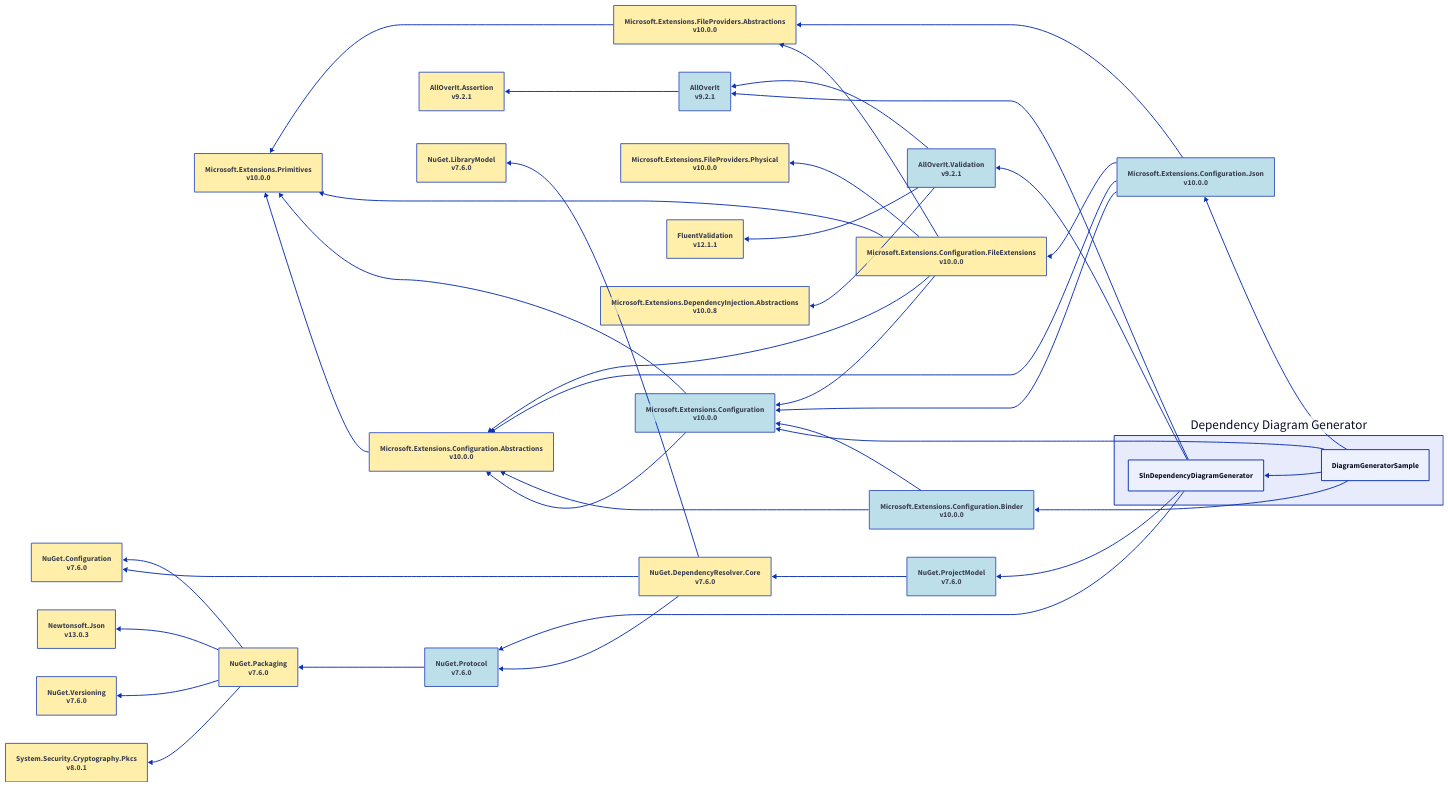
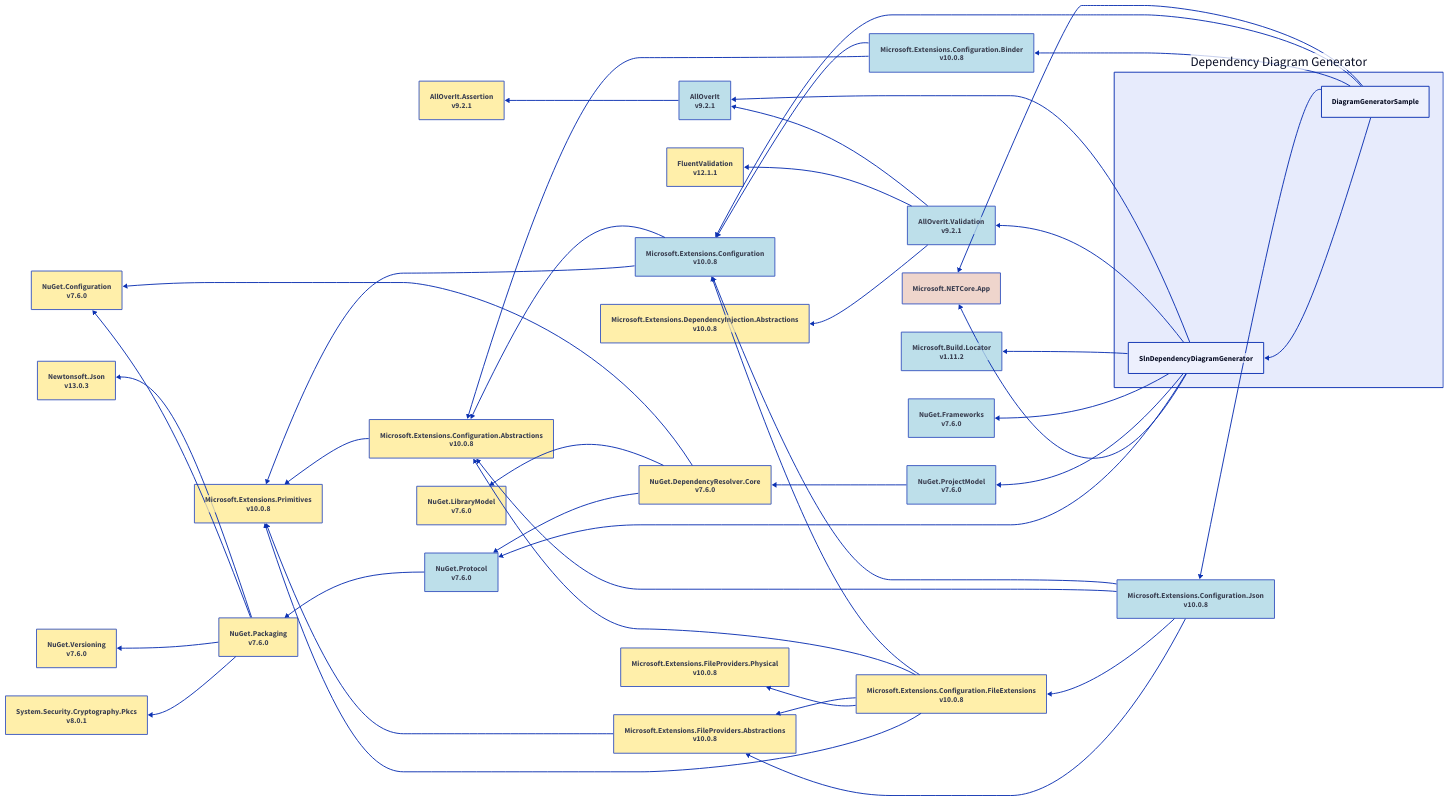
Before and after one commit to mjfreelancing/SlnDependencyDiagramGenerator: the diagram in Samples/Output/net10.0/d2/diagramgeneratorsample.d2, drawn with D2. The commit also changed other lines of this file and 101 other files, not shown here.

```diff
--- a/Samples/Output/net10.0/d2/diagramgeneratorsample.d2
+++ b/Samples/Output/net10.0/d2/diagramgeneratorsample.d2
@@ -1,109 +1,122 @@
 direction: left
 
 ddg: Dependency Diagram Generator
 ddg.diagramgeneratorsample: DiagramGeneratorSample
-microsoft-extensions-configuration_10-0-0: Microsoft.Extensions.Configuration\nv10.0.0
-microsoft-extensions-configuration-abstractions_10-0-0: Microsoft.Extensions.Configuration.Abstractions\nv10.0.0
-microsoft-extensions-primitives_10-0-0: Microsoft.Extensions.Primitives\nv10.0.0
-microsoft-extensions-configuration-binder_10-0-0: Microsoft.Extensions.Configuration.Binder\nv10.0.0
-microsoft-extensions-configuration-json_10-0-0: Microsoft.Extensions.Configuration.Json\nv10.0.0
-microsoft-extensions-configuration-fileextensions_10-0-0: Microsoft.Extensions.Configuration.FileExtensions\nv10.0.0
-microsoft-extensions-fileproviders-abstractions_10-0-0: Microsoft.Extensions.FileProviders.Abstractions\nv10.0.0
-microsoft-extensions-fileproviders-physical_10-0-0: Microsoft.Extensions.FileProviders.Physical\nv10.0.0
+microsoft-netcore-app: Microsoft.NETCore.App
+microsoft-extensions-configuration_10-0-8: Microsoft.Extensions.Configuration\nv10.0.8
+microsoft-extensions-configuration-abstractions_10-0-8: Microsoft.Extensions.Configuration.Abstractions\nv10.0.8
+microsoft-extensions-primitives_10-0-8: Microsoft.Extensions.Primitives\nv10.0.8
+microsoft-extensions-configuration-binder_10-0-8: Microsoft.Extensions.Configuration.Binder\nv10.0.8
+microsoft-extensions-configuration-json_10-0-8: Microsoft.Extensions.Configuration.Json\nv10.0.8
+microsoft-extensions-configuration-fileextensions_10-0-8: Microsoft.Extensions.Configuration.FileExtensions\nv10.0.8
+microsoft-extensions-fileproviders-abstractions_10-0-8: Microsoft.Extensions.FileProviders.Abstractions\nv10.0.8
+microsoft-extensions-fileproviders-physical_10-0-8: Microsoft.Extensions.FileProviders.Physical\nv10.0.8
 ddg.slndependencydiagramgenerator: SlnDependencyDiagramGenerator
 alloverit_9-2-1: AllOverIt\nv9.2.1
 alloverit-assertion_9-2-1: AllOverIt.Assertion\nv9.2.1
 alloverit-validation_9-2-1: AllOverIt.Validation\nv9.2.1
 fluentvalidation_12-1-1: FluentValidation\nv12.1.1
 microsoft-extensions-dependencyinjection-abstractions_10-0-8: Microsoft.Extensions.DependencyInjection.Abstractions\nv10.0.8
+microsoft-build-locator_1-11-2: Microsoft.Build.Locator\nv1.11.2
+nuget-frameworks_7-6-0: NuGet.Frameworks\nv7.6.0
 nuget-projectmodel_7-6-0: NuGet.ProjectModel\nv7.6.0
 nuget-dependencyresolver-core_7-6-0: NuGet.DependencyResolver.Core\nv7.6.0
 nuget-configuration_7-6-0: NuGet.Configuration\nv7.6.0
 nuget-librarymodel_7-6-0: NuGet.LibraryModel\nv7.6.0
 nuget-protocol_7-6-0: NuGet.Protocol\nv7.6.0
 nuget-packaging_7-6-0: NuGet.Packaging\nv7.6.0
 newtonsoft-json_13-0-3: Newtonsoft.Json\nv13.0.3
 nuget-versioning_7-6-0: NuGet.Versioning\nv7.6.0
 system-security-cryptography-pkcs_8-0-1: System.Security.Cryptography.Pkcs\nv8.0.1
-microsoft-extensions-configuration_10-0-0 <- ddg.diagramgeneratorsample
-microsoft-extensions-configuration-abstractions_10-0-0 <- microsoft-extensions-configuration_10-0-0
-microsoft-extensions-primitives_10-0-0 <- microsoft-extensions-configuration-abstractions_10-0-0
-microsoft-extensions-primitives_10-0-0 <- microsoft-extensions-configuration_10-0-0
-microsoft-extensions-configuration-binder_10-0-0 <- ddg.diagramgeneratorsample
-microsoft-extensions-configuration_10-0-0 <- microsoft-extensions-configuration-binder_10-0-0
-microsoft-extensions-configuration-abstractions_10-0-0 <- microsoft-extensions-configuration-binder_10-0-0
-microsoft-extensions-configuration-json_10-0-0 <- ddg.diagramgeneratorsample
-microsoft-extensions-configuration_10-0-0 <- microsoft-extensions-configuration-json_10-0-0
-microsoft-extensions-configuration-abstractions_10-0-0 <- microsoft-extensions-configuration-json_10-0-0
-microsoft-extensions-configuration-fileextensions_10-0-0 <- microsoft-extensions-configuration-json_10-0-0
-microsoft-extensions-configuration_10-0-0 <- microsoft-extensions-configuration-fileextensions_10-0-0
-microsoft-extensions-configuration-abstractions_10-0-0 <- microsoft-extensions-configuration-fileextensions_10-0-0
-microsoft-extensions-fileproviders-abstractions_10-0-0 <- microsoft-extensions-configuration-fileextensions_10-0-0
-microsoft-extensions-fileproviders-physical_10-0-0 <- microsoft-extensions-configuration-fileextensions_10-0-0
-microsoft-extensions-primitives_10-0-0 <- microsoft-extensions-configuration-fileextensions_10-0-0
-microsoft-extensions-fileproviders-abstractions_10-0-0 <- microsoft-extensions-configuration-json_10-0-0
-microsoft-extensions-primitives_10-0-0 <- microsoft-extensions-fileproviders-abstractions_10-0-0
+microsoft-netcore-app <- ddg.diagramgeneratorsample
+microsoft-extensions-configuration_10-0-8 <- ddg.diagramgeneratorsample
+microsoft-extensions-configuration-abstractions_10-0-8 <- microsoft-extensions-configuration_10-0-8
+microsoft-extensions-primitives_10-0-8 <- microsoft-extensions-configuration-abstractions_10-0-8
+microsoft-extensions-primitives_10-0-8 <- microsoft-extensions-configuration_10-0-8
+microsoft-extensions-configuration-binder_10-0-8 <- ddg.diagramgeneratorsample
+microsoft-extensions-configuration_10-0-8 <- microsoft-extensions-configuration-binder_10-0-8
+microsoft-extensions-configuration-abstractions_10-0-8 <- microsoft-extensions-configuration-binder_10-0-8
+microsoft-extensions-configuration-json_10-0-8 <- ddg.diagramgeneratorsample
+microsoft-extensions-configuration_10-0-8 <- microsoft-extensions-configuration-json_10-0-8
+microsoft-extensions-configuration-abstractions_10-0-8 <- microsoft-extensions-configuration-json_10-0-8
+microsoft-extensions-configuration-fileextensions_10-0-8 <- microsoft-extensions-configuration-json_10-0-8
+microsoft-extensions-configuration_10-0-8 <- microsoft-extensions-configuration-fileextensions_10-0-8
+microsoft-extensions-configuration-abstractions_10-0-8 <- microsoft-extensions-configuration-fileextensions_10-0-8
+microsoft-extensions-fileproviders-abstractions_10-0-8 <- microsoft-extensions-configuration-fileextensions_10-0-8
+microsoft-extensions-fileproviders-physical_10-0-8 <- microsoft-extensions-configuration-fileextensions_10-0-8
+microsoft-extensions-primitives_10-0-8 <- microsoft-extensions-configuration-fileextensions_10-0-8
+microsoft-extensions-fileproviders-abstractions_10-0-8 <- microsoft-extensions-configuration-json_10-0-8
+microsoft-extensions-primitives_10-0-8 <- microsoft-extensions-fileproviders-abstractions_10-0-8
 ddg.slndependencydiagramgenerator <- ddg.diagramgeneratorsample
 alloverit_9-2-1 <- ddg.slndependencydiagramgenerator
 alloverit-assertion_9-2-1 <- alloverit_9-2-1
 alloverit-validation_9-2-1 <- ddg.slndependencydiagramgenerator
 alloverit_9-2-1 <- alloverit-validation_9-2-1
 fluentvalidation_12-1-1 <- alloverit-validation_9-2-1
 microsoft-extensions-dependencyinjection-abstractions_10-0-8 <- alloverit-validation_9-2-1
+microsoft-build-locator_1-11-2 <- ddg.slndependencydiagramgenerator
+nuget-frameworks_7-6-0 <- ddg.slndependencydiagramgenerator
 nuget-projectmodel_7-6-0 <- ddg.slndependencydiagramgenerator
 nuget-dependencyresolver-core_7-6-0 <- nuget-projectmodel_7-6-0
 nuget-configuration_7-6-0 <- nuget-dependencyresolver-core_7-6-0
 nuget-librarymodel_7-6-0 <- nuget-dependencyresolver-core_7-6-0
 nuget-protocol_7-6-0 <- nuget-dependencyresolver-core_7-6-0
 nuget-protocol_7-6-0 <- ddg.slndependencydiagramgenerator
 nuget-packaging_7-6-0 <- nuget-protocol_7-6-0
 newtonsoft-json_13-0-3 <- nuget-packaging_7-6-0
 nuget-configuration_7-6-0 <- nuget-packaging_7-6-0
 nuget-versioning_7-6-0 <- nuget-packaging_7-6-0
 system-security-cryptography-pkcs_8-0-1 <- nuget-packaging_7-6-0
-microsoft-extensions-configuration_10-0-0.style.fill: "#ADD8E6"
-microsoft-extensions-configuration_10-0-0.style.opacity: 0.8
-microsoft-extensions-configuration-abstractions_10-0-0.style.fill: "#FFEC96"
-microsoft-extensions-configuration-abstractions_10-0-0.style.opacity: 0.8
-microsoft-extensions-primitives_10-0-0.style.fill: "#FFEC96"
-microsoft-extensions-primitives_10-0-0.style.opacity: 0.8
-microsoft-extensions-configuration-binder_10-0-0.style.fill: "#ADD8E6"
-microsoft-extensions-configuration-binder_10-0-0.style.opacity: 0.8
-microsoft-extensions-configuration-json_10-0-0.style.fill: "#ADD8E6"
-microsoft-extensions-configuration-json_10-0-0.style.opacity: 0.8
-microsoft-extensions-configuration-fileextensions_10-0-0.style.fill: "#FFEC96"
-microsoft-extensions-configuration-fileextensions_10-0-0.style.opacity: 0.8
-microsoft-extensions-fileproviders-abstractions_10-0-0.style.fill: "#FFEC96"
-microsoft-extensions-fileproviders-abstractions_10-0-0.style.opacity: 0.8
-microsoft-extensions-fileproviders-physical_10-0-0.style.fill: "#FFEC96"
-microsoft-extensions-fileproviders-physical_10-0-0.style.opacity: 0.8
+microsoft-netcore-app <- ddg.slndependencydiagramgenerator
+microsoft-netcore-app.style.fill: "#ECCBC0"
+microsoft-netcore-app.style.opacity: 0.8
+microsoft-extensions-configuration_10-0-8.style.fill: "#ADD8E6"
+microsoft-extensions-configuration_10-0-8.style.opacity: 0.8
+microsoft-extensions-configuration-abstractions_10-0-8.style.fill: "#FFEC96"
+microsoft-extensions-configuration-abstractions_10-0-8.style.opacity: 0.8
+microsoft-extensions-primitives_10-0-8.style.fill: "#FFEC96"
+microsoft-extensions-primitives_10-0-8.style.opacity: 0.8
+microsoft-extensions-configuration-binder_10-0-8.style.fill: "#ADD8E6"
+microsoft-extensions-configuration-binder_10-0-8.style.opacity: 0.8
+microsoft-extensions-configuration-json_10-0-8.style.fill: "#ADD8E6"
+microsoft-extensions-configuration-json_10-0-8.style.opacity: 0.8
+microsoft-extensions-configuration-fileextensions_10-0-8.style.fill: "#FFEC96"
+microsoft-extensions-configuration-fileextensions_10-0-8.style.opacity: 0.8
+microsoft-extensions-fileproviders-abstractions_10-0-8.style.fill: "#FFEC96"
+microsoft-extensions-fileproviders-abstractions_10-0-8.style.opacity: 0.8
+microsoft-extensions-fileproviders-physical_10-0-8.style.fill: "#FFEC96"
+microsoft-extensions-fileproviders-physical_10-0-8.style.opacity: 0.8
 alloverit_9-2-1.style.fill: "#ADD8E6"
 alloverit_9-2-1.style.opacity: 0.8
 alloverit-assertion_9-2-1.style.fill: "#FFEC96"
 alloverit-assertion_9-2-1.style.opacity: 0.8
 alloverit-validation_9-2-1.style.fill: "#ADD8E6"
 alloverit-validation_9-2-1.style.opacity: 0.8
 fluentvalidation_12-1-1.style.fill: "#FFEC96"
 fluentvalidation_12-1-1.style.opacity: 0.8
 microsoft-extensions-dependencyinjection-abstractions_10-0-8.style.fill: "#FFEC96"
 microsoft-extensions-dependencyinjection-abstractions_10-0-8.style.opacity: 0.8
+microsoft-build-locator_1-11-2.style.fill: "#ADD8E6"
+microsoft-build-locator_1-11-2.style.opacity: 0.8
+nuget-frameworks_7-6-0.style.fill: "#ADD8E6"
+nuget-frameworks_7-6-0.style.opacity: 0.8
 nuget-projectmodel_7-6-0.style.fill: "#ADD8E6"
 nuget-projectmodel_7-6-0.style.opacity: 0.8
 nuget-dependencyresolver-core_7-6-0.style.fill: "#FFEC96"
 nuget-dependencyresolver-core_7-6-0.style.opacity: 0.8
 nuget-configuration_7-6-0.style.fill: "#FFEC96"
 nuget-configuration_7-6-0.style.opacity: 0.8
 nuget-librarymodel_7-6-0.style.fill: "#FFEC96"
 nuget-librarymodel_7-6-0.style.opacity: 0.8
 nuget-protocol_7-6-0.style.fill: "#ADD8E6"
 nuget-protocol_7-6-0.style.opacity: 0.8
 nuget-packaging_7-6-0.style.fill: "#FFEC96"
 nuget-packaging_7-6-0.style.opacity: 0.8
 newtonsoft-json_13-0-3.style.fill: "#FFEC96"
 newtonsoft-json_13-0-3.style.opacity: 0.8
 nuget-versioning_7-6-0.style.fill: "#FFEC96"
 nuget-versioning_7-6-0.style.opacity: 0.8
 system-security-cryptography-pkcs_8-0-1.style.fill: "#FFEC96"
 system-security-cryptography-pkcs_8-0-1.style.opacity: 0.8
 ddg.style.fill: "#E7EBFC"
 ddg.style.opacity: 1
```
